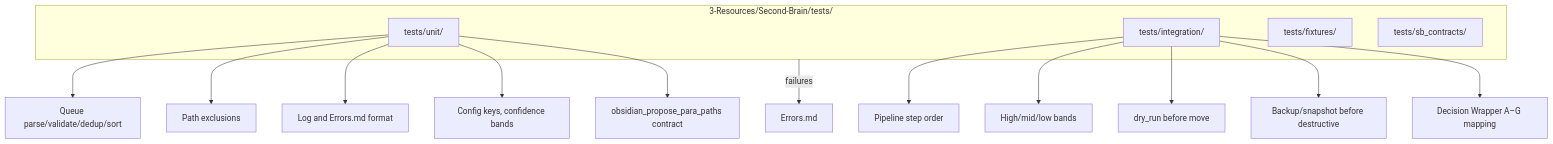
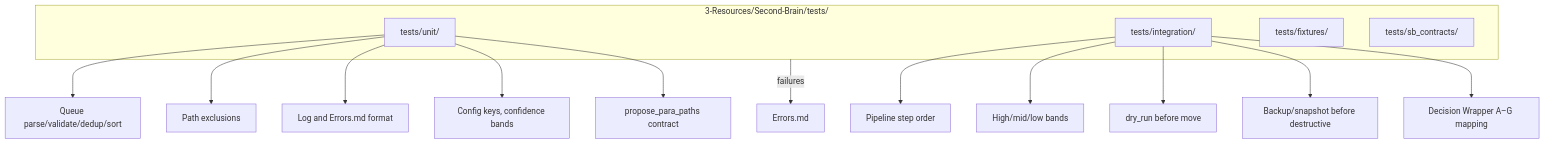
Before and after one commit to L0RDTH0TH/genesis-mythos-master-roadmap: diagram 13 of 14 in 3-Resources/Second-Brain/Second-Brain-User-Flows/System-Diagram-Detailed.md, drawn with Mermaid. The commit also changed other lines of this file and 3337 other files, not shown here.

````diff
--- a/3-Resources/Second-Brain/Second-Brain-User-Flows/System-Diagram-Detailed.md
+++ b/3-Resources/Second-Brain/Second-Brain-User-Flows/System-Diagram-Detailed.md
@@ -395,20 +417,20 @@
 ```mermaid
 flowchart TB
   subgraph Tests [3-Resources/Second-Brain/tests/]
     Unit[tests/unit/]
     Integration[tests/integration/]
     Fixtures[tests/fixtures/]
     Contracts[tests/sb_contracts/]
   end
   Unit --> Queue[Queue parse/validate/dedup/sort]
   Unit --> Exclusions[Path exclusions]
   Unit --> LogFormat[Log and Errors.md format]
   Unit --> Config[Config keys, confidence bands]
-  Unit --> Propose[obsidian_propose_para_paths contract]
+  Unit --> Propose[propose_para_paths contract]
   Integration --> PipelineOrder[Pipeline step order]
   Integration --> ConfidenceBands[High/mid/low bands]
   Integration --> DryRun[dry_run before move]
   Integration --> BackupSnapshot[Backup/snapshot before destructive]
   Integration --> Wrapper[Decision Wrapper A–G mapping]
   Tests -->|failures| Errors[Errors.md]
 ```
````
